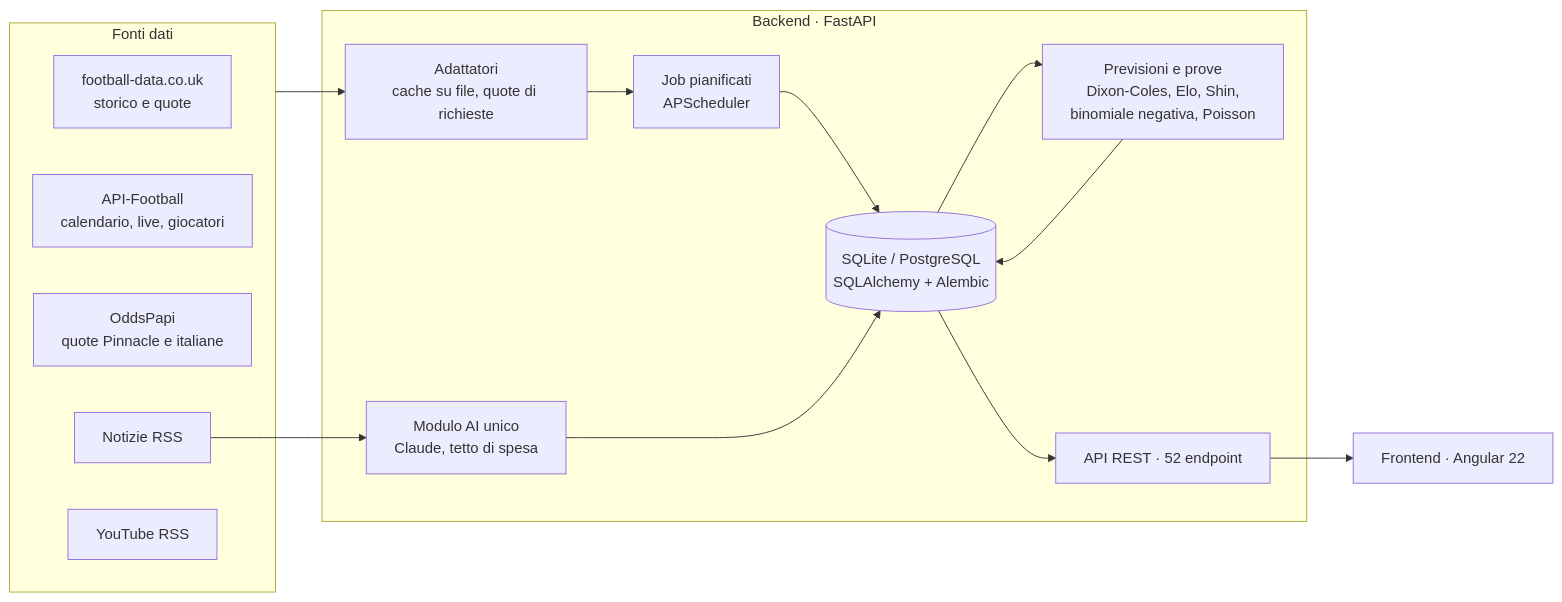
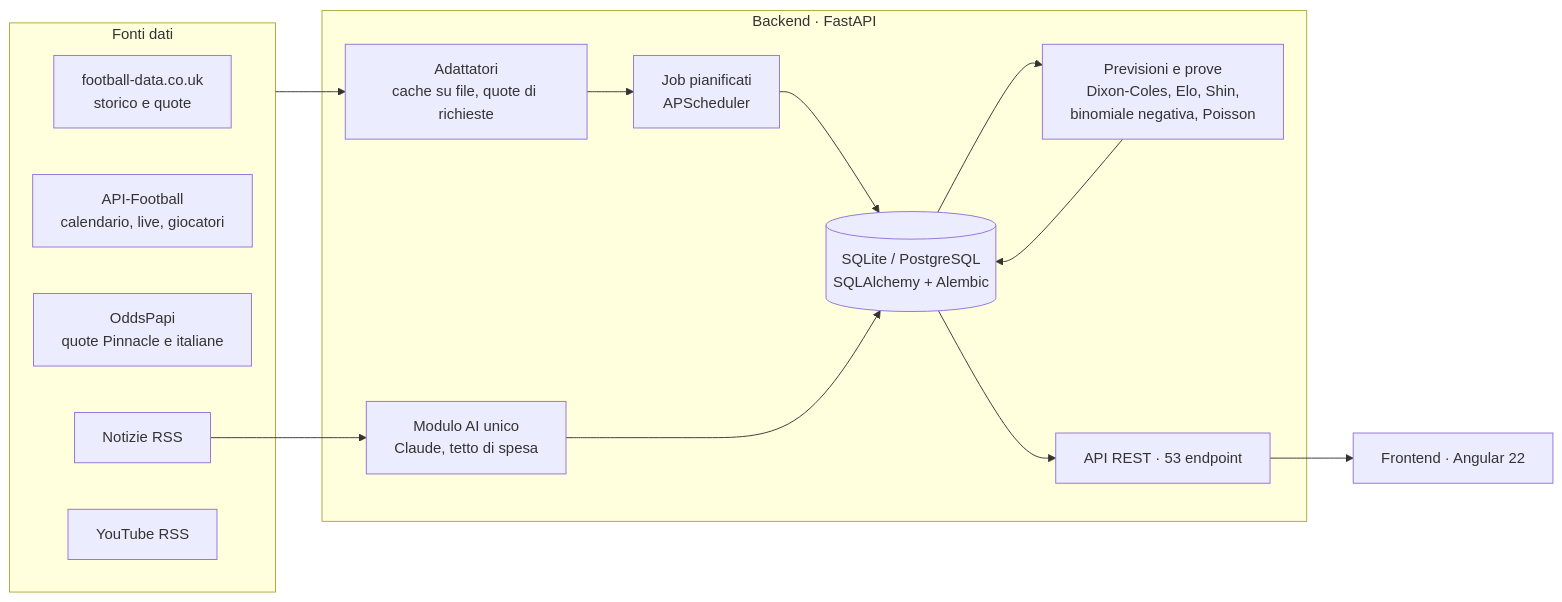
Before and after one commit to giuseppecorso/archiebet: the diagram in README.md, drawn with Mermaid. The commit also changed other lines of this file and 44 other files, not shown here.

````diff
--- a/README.md
+++ b/README.md
@@ -73,23 +73,23 @@
 ```mermaid
 flowchart LR
   subgraph Fonti["Fonti dati"]
     FD[football-data.co.uk<br/>storico e quote]
     AF[API-Football<br/>calendario, live, giocatori]
     OP[OddsPapi<br/>quote Pinnacle e italiane]
     NW[Notizie RSS]
     YT[YouTube RSS]
   end
   subgraph Backend["Backend · FastAPI"]
     AD[Adattatori<br/>cache su file, quote di richieste]
     JOB[Job pianificati<br/>APScheduler]
     DB[(SQLite / PostgreSQL<br/>SQLAlchemy + Alembic)]
     FC[Previsioni e prove<br/>Dixon-Coles, Elo, Shin,<br/>binomiale negativa, Poisson]
     AI[Modulo AI unico<br/>Claude, tetto di spesa]
-    API[API REST · 52 endpoint]
+    API[API REST · 53 endpoint]
   end
   FE[Frontend · Angular 22]
   Fonti --> AD --> JOB --> DB
   DB --> FC --> DB
   NW --> AI --> DB
   DB --> API --> FE
 ```
````
